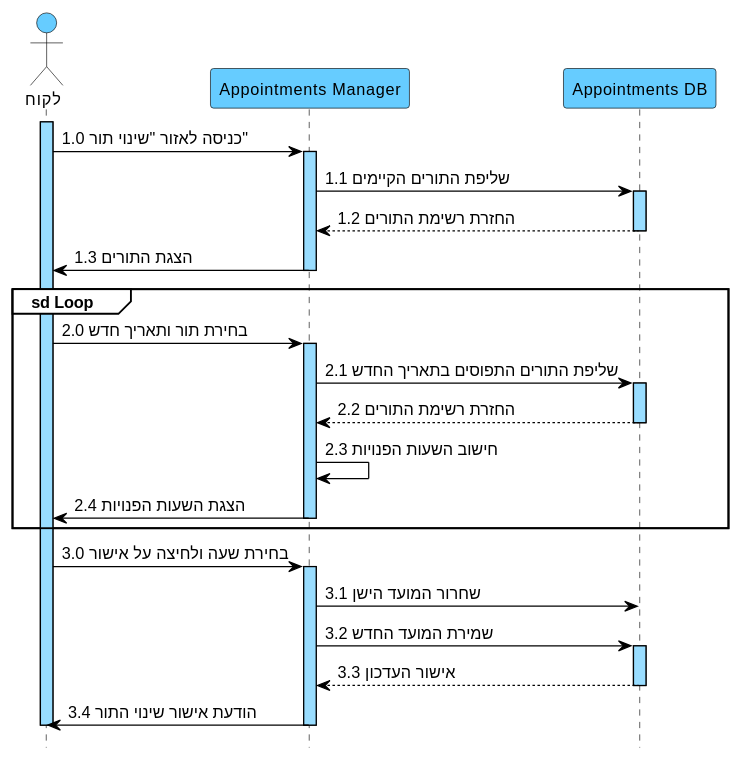
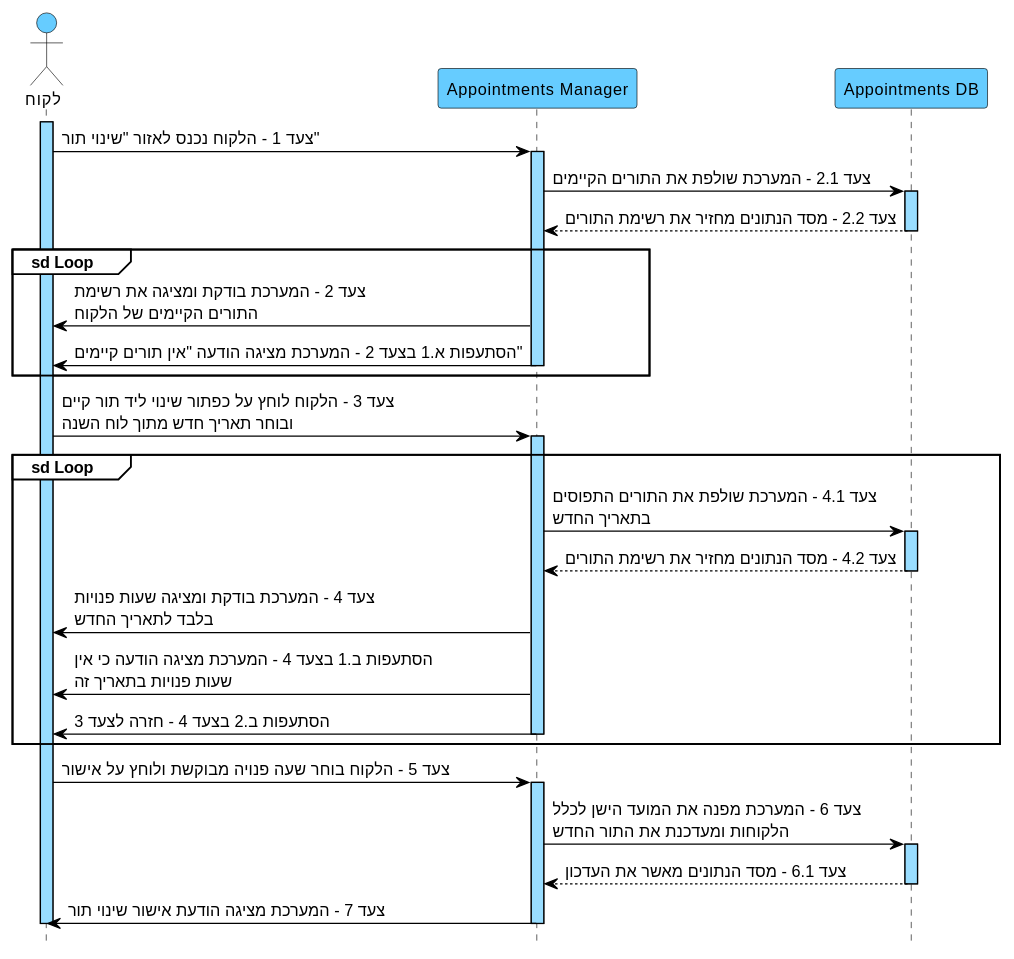
The diagram in docs/diagrams/puml/05-seq-suc05-שינוי-תור.puml (arielkaplan20/GOLDEN_HAIR_SALOAN), drawn with PlantUML before and after one commit. The commit also changed 26 other files, not shown here.

```diff
--- a/docs/diagrams/puml/05-seq-suc05-שינוי-תור.puml
+++ b/docs/diagrams/puml/05-seq-suc05-שינוי-תור.puml
@@ -1,58 +1,63 @@
 @startuml
 hide footbox
 skinparam backgroundColor white
 skinparam defaultFontName Arial
 skinparam defaultFontSize 13
 skinparam sequence {
 ArrowColor black
 ArrowFontColor black
 ActorBorderColor black
 ActorBackgroundColor #66CCFF
 LifeLineBorderColor black
 LifeLineBackgroundColor #99DDFF
 ParticipantBorderColor black
 ParticipantBackgroundColor #66CCFF
 ParticipantFontColor black
 ParticipantFontSize 13
 GroupBorderColor black
 GroupBackgroundColor white
 GroupHeaderFontColor black
 }
 
 actor "לקוח" as C
 participant "Appointments Manager" as AM
 participant "Appointments DB" as DB
 
 activate C
-C -> AM : 1.0 כניסה לאזור "שינוי תור"
+C -> AM : צעד 1 - הלקוח נכנס לאזור "שינוי תור"
 activate AM
-AM -> DB : 1.1 שליפת התורים הקיימים
+AM -> DB : צעד 2.1 - המערכת שולפת את התורים הקיימים
 activate DB
-DB --> AM : 1.2 החזרת רשימת התורים
+DB --> AM : צעד 2.2 - מסד הנתונים מחזיר את רשימת התורים
 deactivate DB
-AM -> C : 1.3 הצגת התורים
-deactivate AM
 
 group sd Loop
-C -> AM : 2.0 בחירת תור ותאריך חדש
-activate AM
-AM -> DB : 2.1 שליפת התורים התפוסים בתאריך החדש
-activate DB
-DB --> AM : 2.2 החזרת רשימת התורים
-deactivate DB
-AM -> AM : 2.3 חישוב השעות הפנויות
-AM -> C : 2.4 הצגת השעות הפנויות
+AM -> C : צעד 2 - המערכת בודקת ומציגה את רשימת\nהתורים הקיימים של הלקוח
+AM -> C : הסתעפות א.1 בצעד 2 - המערכת מציגה הודעה "אין תורים קיימים"
 deactivate AM
 end
 
-C -> AM : 3.0 בחירת שעה ולחיצה על אישור
+C -> AM : צעד 3 - הלקוח לוחץ על כפתור שינוי ליד תור קיים\nובוחר תאריך חדש מתוך לוח השנה
+
+group sd Loop
 activate AM
-AM -> DB : 3.1 שחרור המועד הישן
-AM -> DB : 3.2 שמירת המועד החדש
+AM -> DB : צעד 4.1 - המערכת שולפת את התורים התפוסים\nבתאריך החדש
 activate DB
-DB --> AM : 3.3 אישור העדכון
+DB --> AM : צעד 4.2 - מסד הנתונים מחזיר את רשימת התורים
 deactivate DB
-AM -> C : 3.4 הודעת אישור שינוי התור
+AM -> C : צעד 4 - המערכת בודקת ומציגה שעות פנויות\nבלבד לתאריך החדש
+AM -> C : הסתעפות ב.1 בצעד 4 - המערכת מציגה הודעה כי אין\nשעות פנויות בתאריך זה
+AM -> C : הסתעפות ב.2 בצעד 4 - חזרה לצעד 3
+deactivate AM
+end
+
+C -> AM : צעד 5 - הלקוח בוחר שעה פנויה מבוקשת ולוחץ על אישור
+activate AM
+AM -> DB : צעד 6 - המערכת מפנה את המועד הישן לכלל\nהלקוחות ומעדכנת את התור החדש
+activate DB
+DB --> AM : צעד 6.1 - מסד הנתונים מאשר את העדכון
+deactivate DB
+AM -> C : צעד 7 - המערכת מציגה הודעת אישור שינוי תור
 deactivate AM
 deactivate C
 @enduml
```
